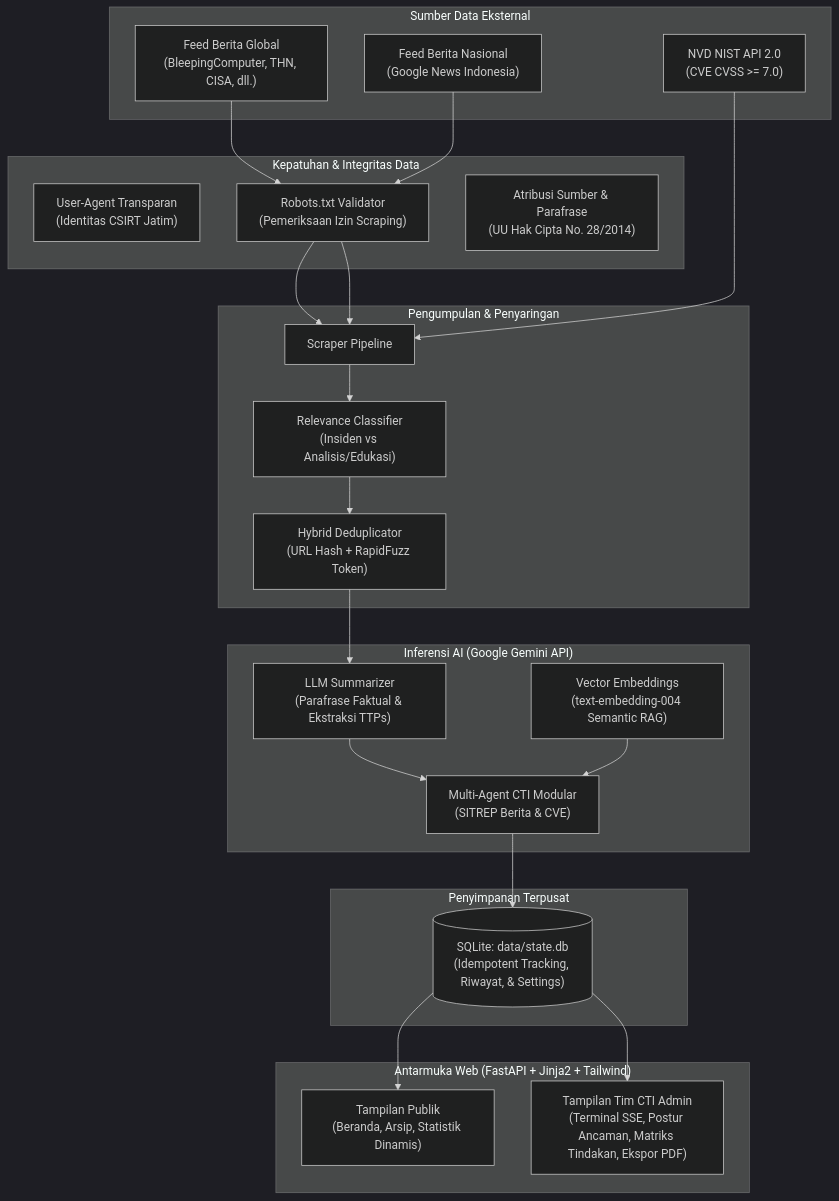
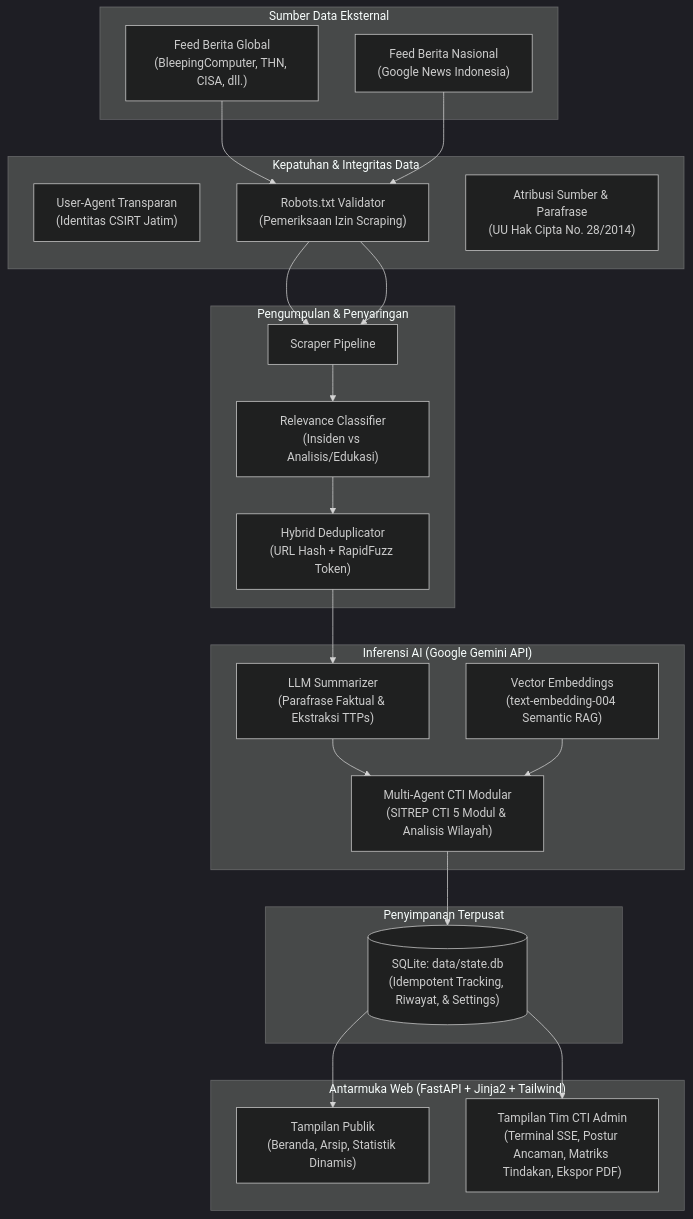
The diagram in README.md (Kifansa/SiberHarian), drawn with Mermaid (dark theme) before and after one commit. The commit also changed other lines of this file and 58 other files, not shown here.

````diff
--- a/README.md
+++ b/README.md
@@ -30,48 +30,46 @@
 ```mermaid
 flowchart TD
     subgraph DataSources["Sumber Data Eksternal"]
         RSS_INT["Feed Berita Global\n(BleepingComputer, THN, CISA, dll.)"]
         RSS_NAS["Feed Berita Nasional\n(Google News Indonesia)"]
-        NVD["NVD NIST API 2.0\n(CVE CVSS >= 7.0)"]
     end
 
     subgraph Compliance["Kepatuhan & Integritas Data"]
         UA["User-Agent Transparan\n(Identitas CSIRT Jatim)"]
         ROBOTS["Robots.txt Validator\n(Pemeriksaan Izin Scraping)"]
         DISCLAIMER["Atribusi Sumber & Parafrase\n(UU Hak Cipta No. 28/2014)"]
     end
 
     subgraph Ingestion["Pengumpulan & Penyaringan"]
         SCRAPER["Scraper Pipeline"]
         CLASSIFIER["Relevance Classifier\n(Insiden vs Analisis/Edukasi)"]
         DEDUP["Hybrid Deduplicator\n(URL Hash + RapidFuzz Token)"]
     end
 
     subgraph CloudAI["Inferensi AI (Google Gemini API)"]
         LLM_SUM["LLM Summarizer\n(Parafrase Faktual & Ekstraksi TTPs)"]
-        CTI_AGENT["Multi-Agent CTI Modular\n(SITREP Berita & CVE)"]
+        CTI_AGENT["Multi-Agent CTI Modular\n(SITREP CTI 5 Modul & Analisis Wilayah)"]
         EMBED["Vector Embeddings\n(text-embedding-004 Semantic RAG)"]
     end
 
     subgraph Storage["Penyimpanan Terpusat"]
         DB[("SQLite: data/state.db\n(Idempotent Tracking, Riwayat, & Settings)")]
     end
 
     subgraph Presentation["Antarmuka Web (FastAPI + Jinja2 + Tailwind)"]
         PUB_UI["Tampilan Publik\n(Beranda, Arsip, Statistik Dinamis)"]
         ADM_UI["Tampilan Tim CTI Admin\n(Terminal SSE, Postur Ancaman, Matriks Tindakan, Ekspor PDF)"]
     end
 
     RSS_INT --> ROBOTS --> SCRAPER
     RSS_NAS --> ROBOTS --> SCRAPER
-    NVD --> SCRAPER
 
     SCRAPER --> CLASSIFIER --> DEDUP
     DEDUP --> LLM_SUM
     LLM_SUM --> CTI_AGENT
     CTI_AGENT --> DB
     EMBED --> CTI_AGENT
 
     DB --> PUB_UI
     DB --> ADM_UI
 ```
````
